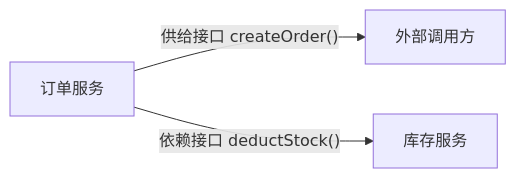
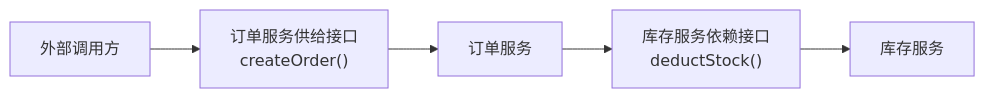
The fourth of 8 diagrams in src/content/blog/Software-Construction/Chap06.md (crashingby/homepage), drawn with Mermaid before and after one commit. The commit also changed other lines of this file and 6 other files, not shown here.

````diff
--- a/src/content/blog/Software-Construction/Chap06.md
+++ b/src/content/blog/Software-Construction/Chap06.md
@@ -183,5 +150,7 @@
 ```mermaid
 flowchart LR
-  A["订单服务"] -- "供给接口 createOrder()" --> B["外部调用方"]
-  A -- "依赖接口 deductStock()" --> C["库存服务"]
+  Caller["外部调用方"] --> Provided["订单服务供给接口<br/>createOrder()"]
+  Provided --> Order["订单服务"]
+  Order --> Required["库存服务依赖接口<br/>deductStock()"]
+  Required --> Stock["库存服务"]
 ```
````
